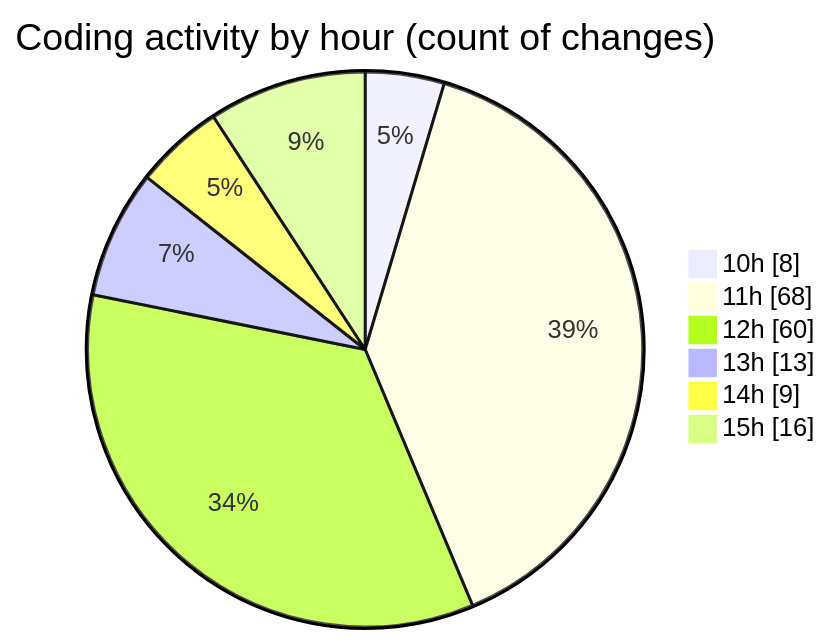
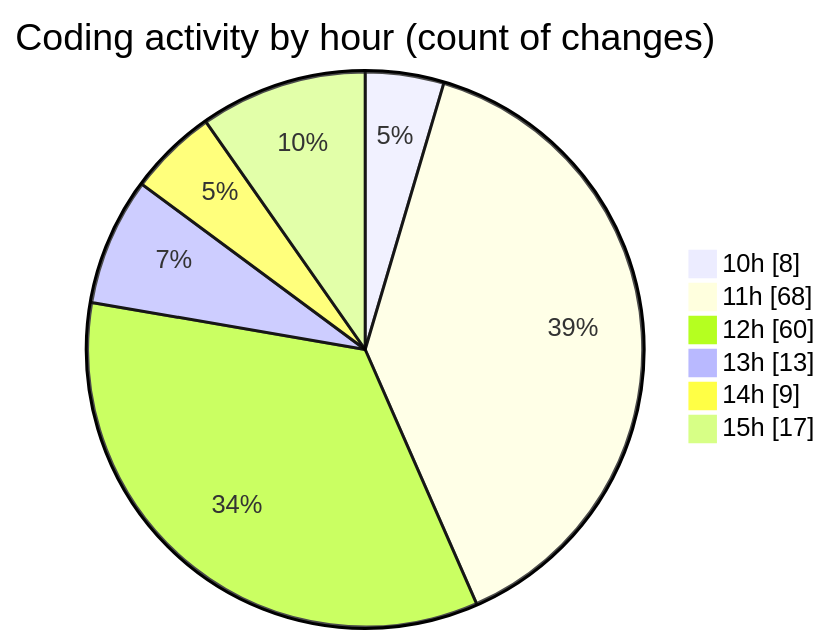
The second of 2 diagrams in 2025-08-22/nxtqube_webapp/README.md (nxtqubesakshisongat/code-tracking), drawn with Mermaid before and after one commit. The commit also changed other lines of this file and 1 other file, not shown here.

````diff
--- a/2025-08-22/nxtqube_webapp/README.md
+++ b/2025-08-22/nxtqube_webapp/README.md
@@ -28,10 +28,10 @@
 ```mermaid
 pie showData
 title Coding activity by hour (count of changes)
 "10h" : 8
 "11h" : 68
 "12h" : 60
 "13h" : 13
 "14h" : 9
-"15h" : 16
+"15h" : 17
 ```
````
